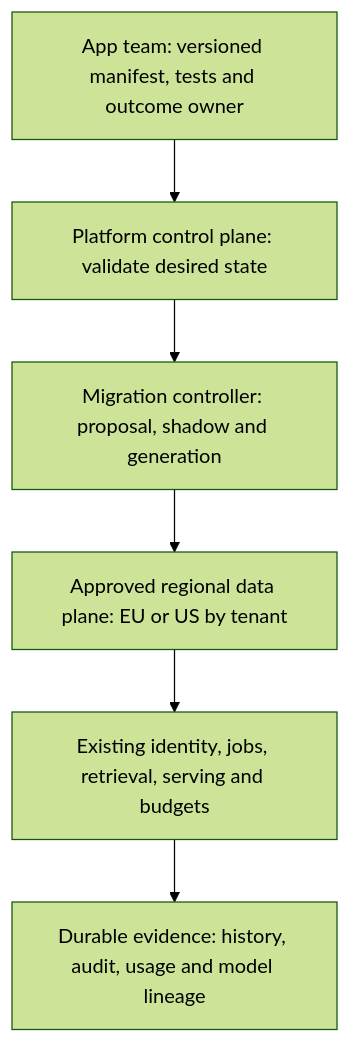
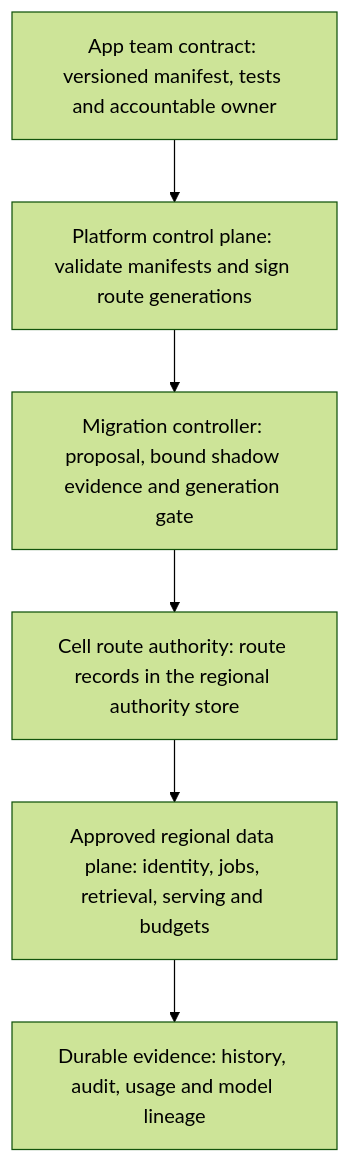
One commit to Sourav692/Forward-Deployed-Engineer-Interview-Prep changed the second of 3 diagrams in 10_AI_System_Design/stages/12-staff-platform/guide.md. Above: the diagram before and after it, drawn with Mermaid (forest theme). The commit also changed other lines of this file and 32 other files, not shown here.

````diff
--- a/10_AI_System_Design/stages/12-staff-platform/guide.md
+++ b/10_AI_System_Design/stages/12-staff-platform/guide.md
@@ -77,8 +101,8 @@
 ```mermaid
 flowchart TD
- A[App team: versioned manifest, tests and outcome owner] --> P[Platform control plane: validate desired state]
- P --> M[Migration controller: proposal, shadow and generation]
- M --> C[Approved regional data plane: EU or US by tenant]
- C --> R[Existing identity, jobs, retrieval, serving and budgets]
+ A[App team contract: versioned manifest, tests and accountable owner] --> P[Platform control plane: validate manifests and sign route generations]
+ P --> M[Migration controller: proposal, bound shadow evidence and generation gate]
+ M --> C[Cell route authority: route records in the regional authority store]
+ C --> R[Approved regional data plane: identity, jobs, retrieval, serving and budgets]
  R --> E[Durable evidence: history, audit, usage and model lineage]
 ```
````
